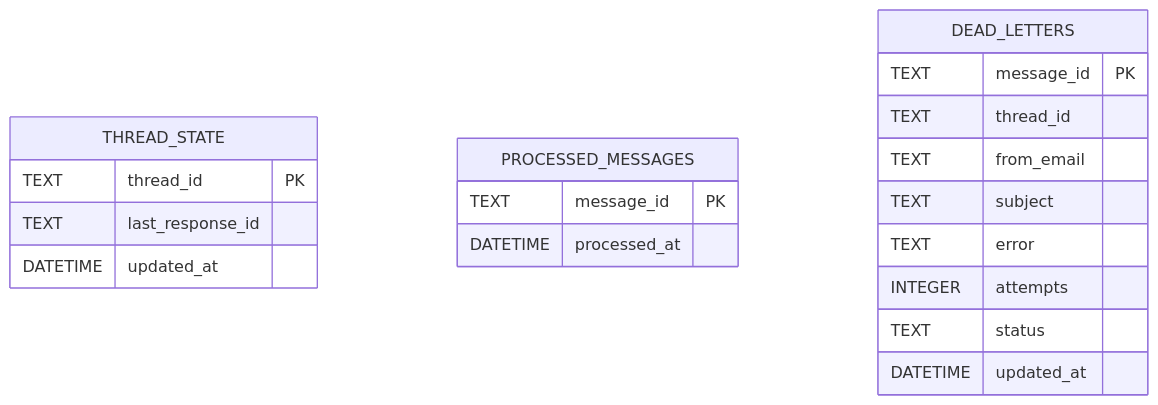
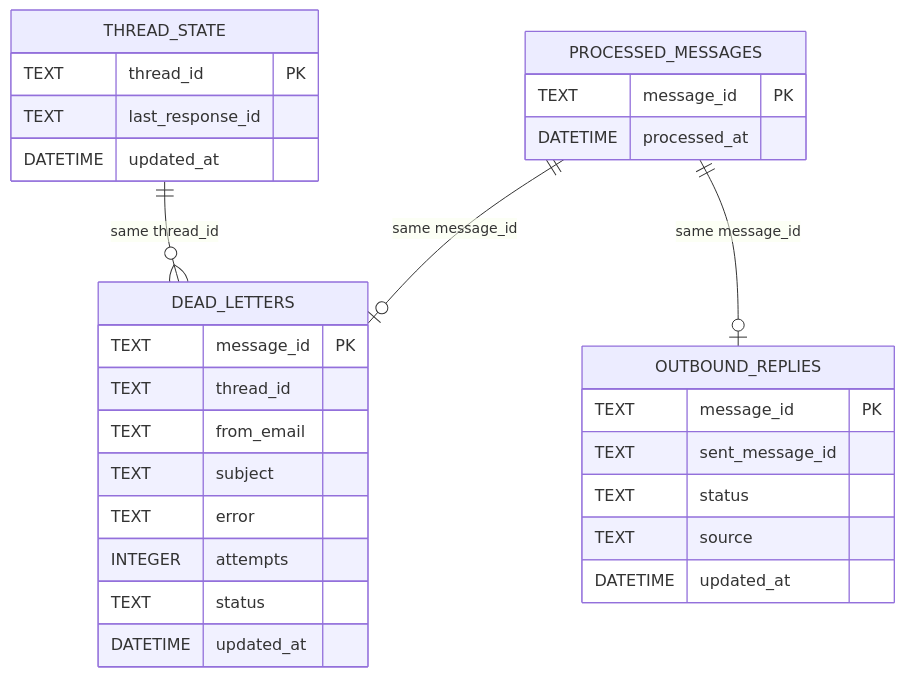
Before and after one commit to LunarMothStudios/Canna-Mailroom: the first of 2 diagrams in docs/data-model.md, drawn with Mermaid. The commit also changed other lines of this file and 16 other files, not shown here.

````diff
--- a/docs/data-model.md
+++ b/docs/data-model.md
@@ -54,24 +91,36 @@
 ```mermaid
 erDiagram
     THREAD_STATE {
         TEXT thread_id PK
         TEXT last_response_id
         DATETIME updated_at
     }
 
     PROCESSED_MESSAGES {
         TEXT message_id PK
         DATETIME processed_at
     }
 
     DEAD_LETTERS {
         TEXT message_id PK
         TEXT thread_id
         TEXT from_email
         TEXT subject
         TEXT error
         INTEGER attempts
         TEXT status
         DATETIME updated_at
     }
+
+    OUTBOUND_REPLIES {
+        TEXT message_id PK
+        TEXT sent_message_id
+        TEXT status
+        TEXT source
+        DATETIME updated_at
+    }
+
+    THREAD_STATE ||--o{ DEAD_LETTERS : "same thread_id"
+    PROCESSED_MESSAGES ||--o| DEAD_LETTERS : "same message_id"
+    PROCESSED_MESSAGES ||--o| OUTBOUND_REPLIES : "same message_id"
 ```
````
